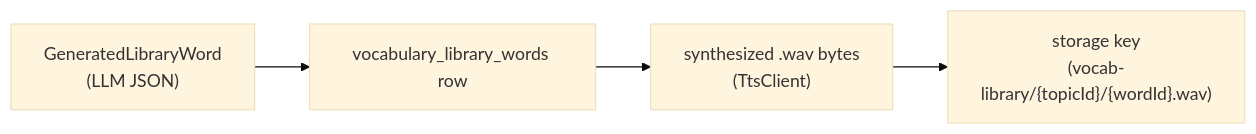
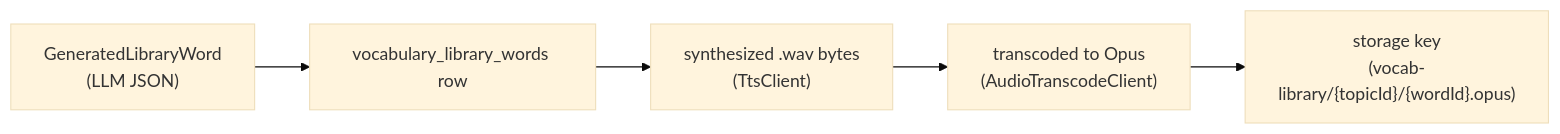
Before and after one commit to CuongNguyen13/RemeLearning: the second of 4 diagrams in docs/flow/english-service-data-flow.md, drawn with Mermaid (base theme). The commit also changed other lines of this file and 27 other files, not shown here.

Commit message:
use Opus for audio

````diff
--- a/docs/flow/english-service-data-flow.md
+++ b/docs/flow/english-service-data-flow.md
@@ -901,6 +903,7 @@
   ```mermaid
   flowchart LR
       LLMJson["GeneratedLibraryWord<br/>(LLM JSON)"] --> LibRow["vocabulary_library_words row"]
       LibRow --> TtsBytes["synthesized .wav bytes<br/>(TtsClient)"]
-      TtsBytes --> StorageKey["storage key<br/>(vocab-library/{topicId}/{wordId}.wav)"]
+      TtsBytes --> OpusBytes["transcoded to Opus<br/>(AudioTranscodeClient)"]
+      OpusBytes --> StorageKey["storage key<br/>(vocab-library/{topicId}/{wordId}.opus)"]
   ```
````
